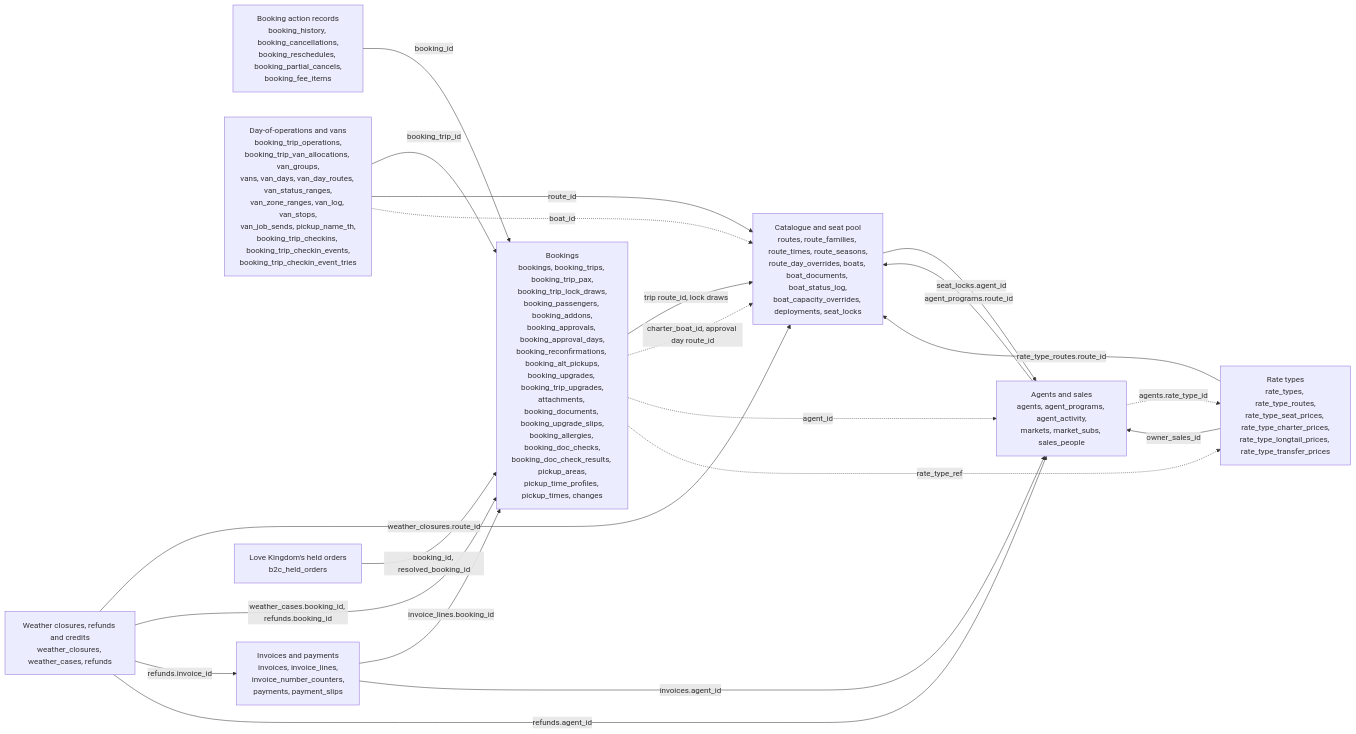
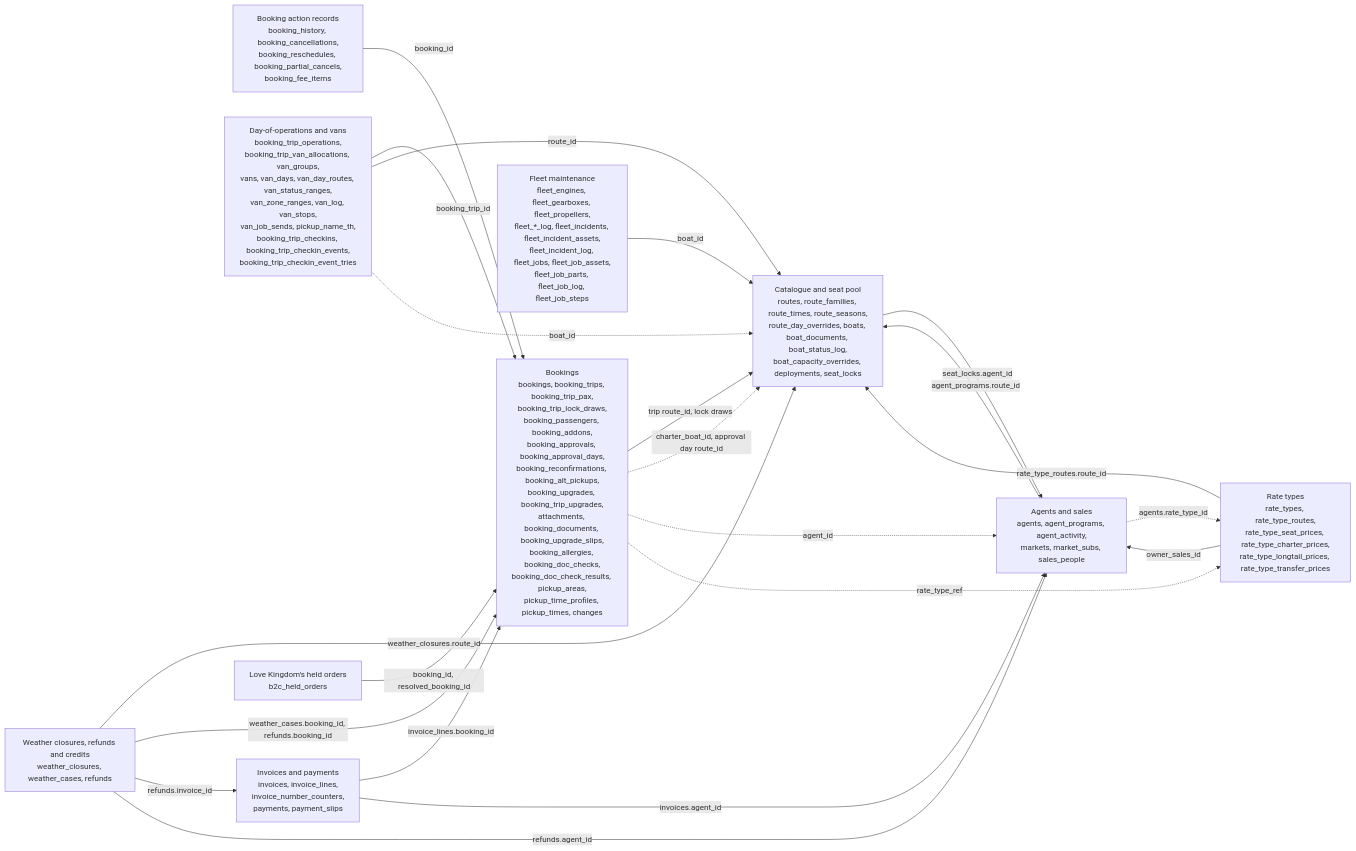
One commit to TheTaTha5/operation_backend changed the first of 11 diagrams in docs/schema.md. Above: the diagram before and after it, drawn with Mermaid. The commit also changed other lines of this file and 5 other files, not shown here.

Commit message:
docs: fleet part A (README, schema, handoff, checklist, note with Flagged)

````diff
--- a/docs/schema.md
+++ b/docs/schema.md
@@ -28,32 +28,34 @@
 ```mermaid
 flowchart LR
   catalogue["Catalogue and seat pool<br/>routes, route_families, route_times, route_seasons,<br/>route_day_overrides, boats, boat_documents, boat_status_log,<br/>boat_capacity_overrides, deployments, seat_locks"]
   bookings["Bookings<br/>bookings, booking_trips, booking_trip_pax,<br/>booking_trip_lock_draws,<br/>booking_passengers, booking_addons,<br/>booking_approvals, booking_approval_days,<br/>booking_reconfirmations, booking_alt_pickups,<br/>booking_upgrades, booking_trip_upgrades,<br/>attachments, booking_documents, booking_upgrade_slips,<br/>booking_allergies, booking_doc_checks,<br/>booking_doc_check_results, pickup_areas,<br/>pickup_time_profiles, pickup_times, changes"]
   actions["Booking action records<br/>booking_history, booking_cancellations,<br/>booking_reschedules, booking_partial_cancels,<br/>booking_fee_items"]
   ops["Day-of-operations and vans<br/>booking_trip_operations,<br/>booking_trip_van_allocations, van_groups,<br/>vans, van_days, van_day_routes, van_status_ranges,<br/>van_zone_ranges, van_log, van_stops,<br/>van_job_sends, pickup_name_th,<br/>booking_trip_checkins, booking_trip_checkin_events,<br/>booking_trip_checkin_event_tries"]
   sales["Agents and sales<br/>agents, agent_programs, agent_activity,<br/>markets, market_subs, sales_people"]
   money["Invoices and payments<br/>invoices, invoice_lines,<br/>invoice_number_counters,<br/>payments, payment_slips"]
   rates["Rate types<br/>rate_types, rate_type_routes,<br/>rate_type_seat_prices, rate_type_charter_prices,<br/>rate_type_longtail_prices, rate_type_transfer_prices"]
 
   bookings -- "trip route_id, lock draws" --> catalogue
   bookings -. "charter_boat_id, approval day route_id" .-> catalogue
   actions -- "booking_id" --> bookings
   ops -- "booking_trip_id" --> bookings
   ops -- "route_id" --> catalogue
   ops -. "boat_id" .-> catalogue
   sales -- "agent_programs.route_id" --> catalogue
   bookings -. "agent_id" .-> sales
   catalogue -- "seat_locks.agent_id" --> sales
   rates -- "rate_type_routes.route_id" --> catalogue
   rates -- "owner_sales_id" --> sales
   sales -. "agents.rate_type_id" .-> rates
   bookings -. "rate_type_ref" .-> rates
   money -- "invoice_lines.booking_id" --> bookings
   money -- "invoices.agent_id" --> sales
   b2c["Love Kingdom's held orders<br/>b2c_held_orders"] -- "booking_id, resolved_booking_id" --> bookings
   weather["Weather closures, refunds and credits<br/>weather_closures, weather_cases, refunds"]
   weather -- "weather_closures.route_id" --> catalogue
   weather -- "weather_cases.booking_id, refunds.booking_id" --> bookings
   weather -- "refunds.invoice_id" --> money
   weather -- "refunds.agent_id" --> sales
+  fleet["Fleet maintenance<br/>fleet_engines, fleet_gearboxes, fleet_propellers,<br/>fleet_*_log, fleet_incidents, fleet_incident_assets,<br/>fleet_incident_log, fleet_jobs, fleet_job_assets,<br/>fleet_job_parts, fleet_job_log, fleet_job_steps"]
+  fleet -- "boat_id" --> catalogue
 ```
````
